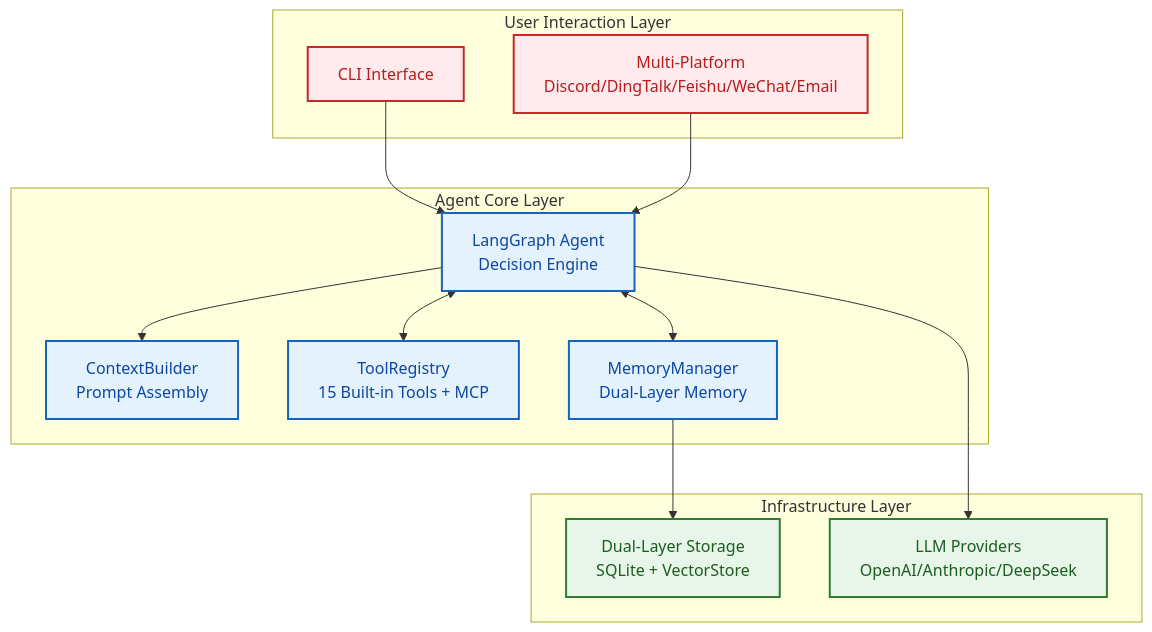
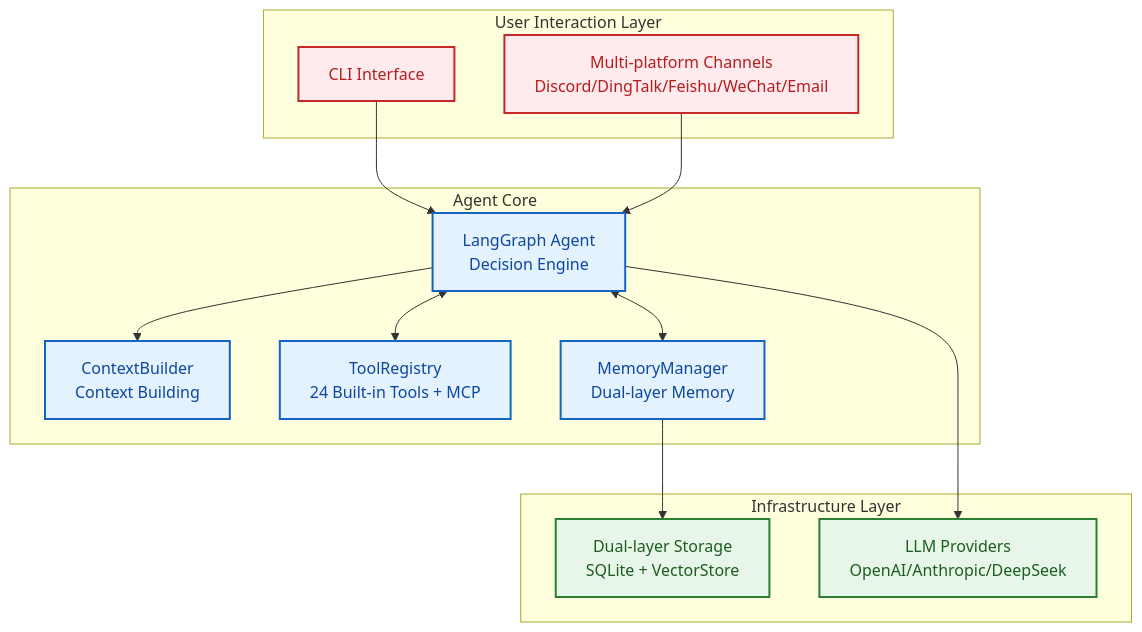
Before and after one commit to zhangjingyuan177-hue/FinchBot: the second of 15 diagrams in docs/en-US/blog/finchbot-flexible-ai-agent-framework.md, drawn with Mermaid. The commit also changed other lines of this file and 4 other files, not shown here.

````diff
--- a/docs/en-US/blog/finchbot-flexible-ai-agent-framework.md
+++ b/docs/en-US/blog/finchbot-flexible-ai-agent-framework.md
@@ -174,33 +106,33 @@
 ```mermaid
 graph TB
     classDef uiLayer fill:#ffebee,stroke:#c62828,stroke-width:2px,color:#b71c1c;
     classDef coreLayer fill:#e3f2fd,stroke:#1565c0,stroke-width:2px,color:#0d47a1;
     classDef infraLayer fill:#e8f5e9,stroke:#2e7d32,stroke-width:2px,color:#1b5e20;
 
     subgraph UI [User Interaction Layer]
         CLI[CLI Interface]:::uiLayer
-        Channels[Multi-Platform<br/>Discord/DingTalk/Feishu/WeChat/Email]:::uiLayer
+        Channels[Multi-platform Channels<br/>Discord/DingTalk/Feishu/WeChat/Email]:::uiLayer
     end
 
-    subgraph Core [Agent Core Layer]
+    subgraph Core [Agent Core]
         Agent[LangGraph Agent<br/>Decision Engine]:::coreLayer
-        Context[ContextBuilder<br/>Prompt Assembly]:::coreLayer
-        Tools[ToolRegistry<br/>15 Built-in Tools + MCP]:::coreLayer
-        Memory[MemoryManager<br/>Dual-Layer Memory]:::coreLayer
+        Context[ContextBuilder<br/>Context Building]:::coreLayer
+        Tools[ToolRegistry<br/>24 Built-in Tools + MCP]:::coreLayer
+        Memory[MemoryManager<br/>Dual-layer Memory]:::coreLayer
     end
 
     subgraph Infra [Infrastructure Layer]
-        Storage[Dual-Layer Storage<br/>SQLite + VectorStore]:::infraLayer
+        Storage[Dual-layer Storage<br/>SQLite + VectorStore]:::infraLayer
         LLM[LLM Providers<br/>OpenAI/Anthropic/DeepSeek]:::infraLayer
     end
 
     CLI --> Agent
     Channels --> Agent
 
     Agent --> Context
     Agent <--> Tools
     Agent <--> Memory
 
     Memory --> Storage
     Agent --> LLM
 ```
````
